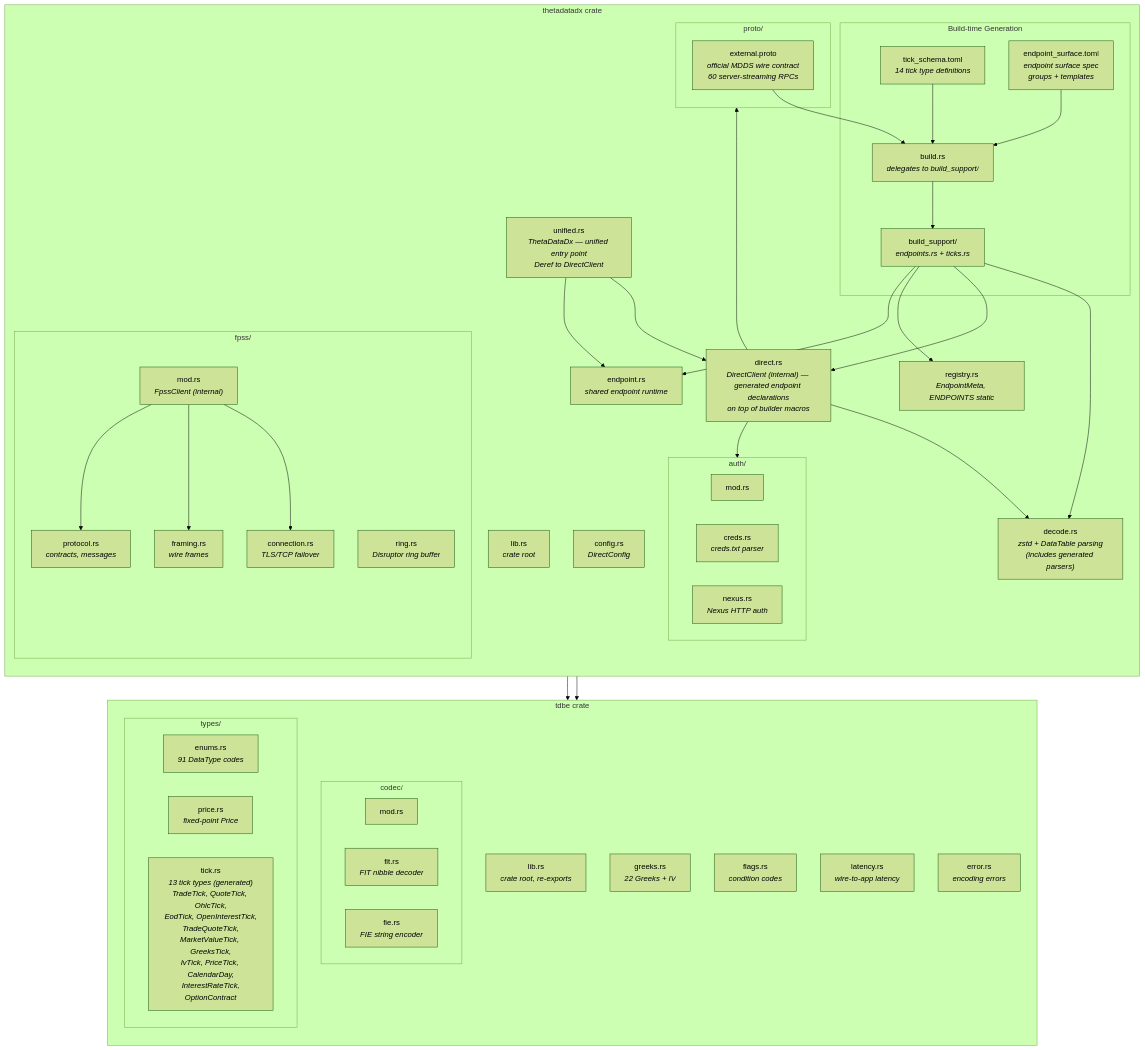
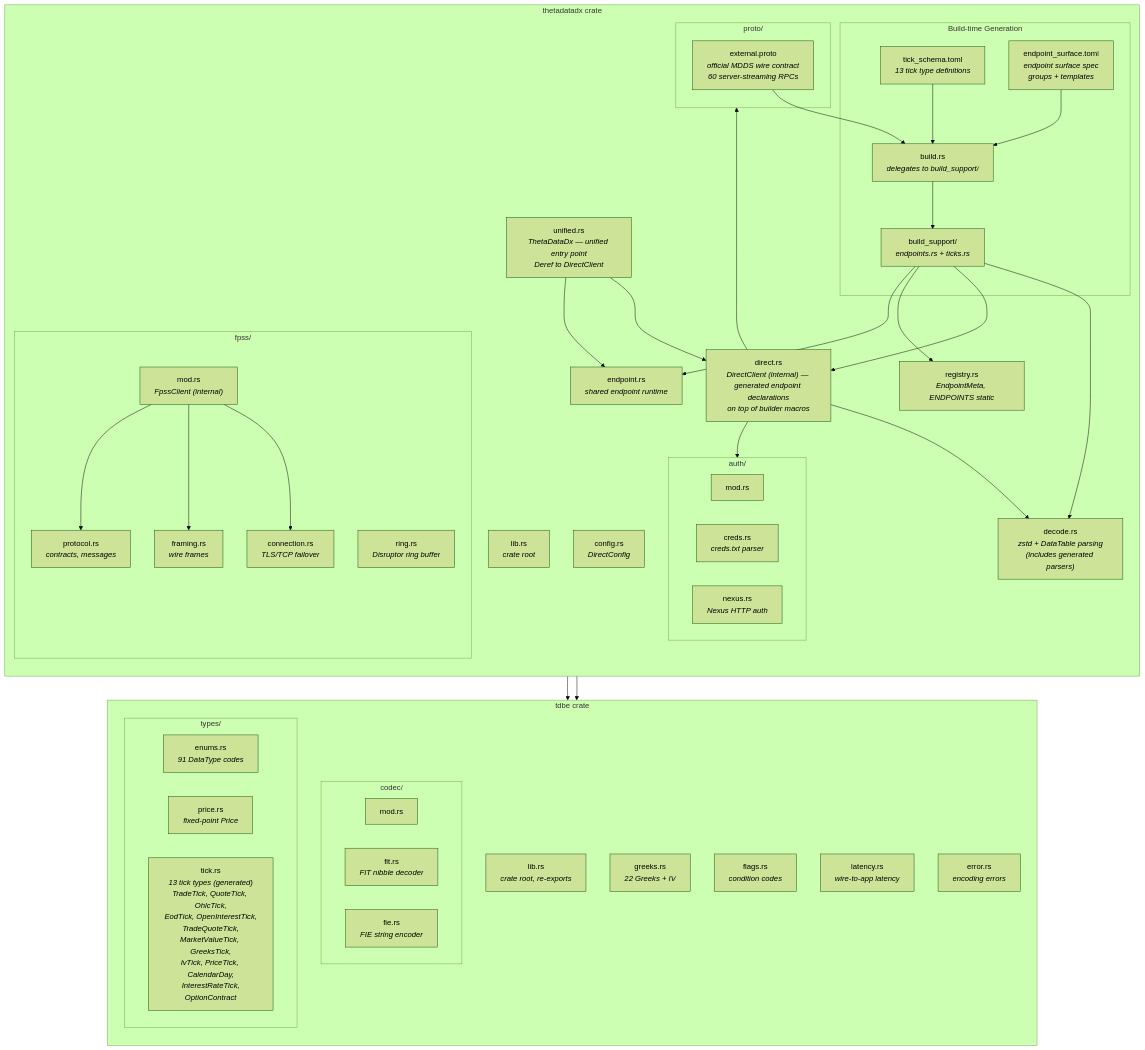
Before and after one commit to userFRM/ThetaDataDx: diagram 15 of 15 in docs/architecture.md, drawn with Mermaid (forest theme). The commit also changed other lines of this file and 88 other files, not shown here.

````diff
--- a/docs/architecture.md
+++ b/docs/architecture.md
@@ -492,80 +492,80 @@
 ```mermaid
 graph TD
     subgraph "tdbe crate"
         direction TB
         TDBE_LIB["lib.rs<br/><i>crate root, re-exports</i>"]
 
         subgraph tdbe_codec["codec/"]
             C_MOD["mod.rs"]
             C_FIT["fit.rs<br/><i>FIT nibble decoder</i>"]
             C_FIE["fie.rs<br/><i>FIE string encoder</i>"]
         end
 
         subgraph tdbe_types["types/"]
             T_ENUM["enums.rs<br/><i>91 DataType codes</i>"]
             T_PRICE["price.rs<br/><i>fixed-point Price</i>"]
             T_TICK["tick.rs<br/><i>13 tick types (generated)<br/>TradeTick, QuoteTick, OhlcTick,<br/>EodTick, OpenInterestTick,<br/>TradeQuoteTick,<br/>MarketValueTick, GreeksTick,<br/>IvTick, PriceTick, CalendarDay,<br/>InterestRateTick,<br/>OptionContract</i>"]
         end
 
         TDBE_GREEKS["greeks.rs<br/><i>22 Greeks + IV</i>"]
         TDBE_FLAGS["flags.rs<br/><i>condition codes</i>"]
         TDBE_LATENCY["latency.rs<br/><i>wire-to-app latency</i>"]
         TDBE_ERROR["error.rs<br/><i>encoding errors</i>"]
     end
 
     subgraph "thetadatadx crate"
         direction TB
         LIB["lib.rs<br/><i>crate root</i>"]
 
         subgraph auth["auth/"]
             A_MOD["mod.rs"]
             A_CREDS["creds.rs<br/><i>creds.txt parser</i>"]
             A_NEXUS["nexus.rs<br/><i>Nexus HTTP auth</i>"]
         end
 
         subgraph fpss["fpss/"]
             F_MOD["mod.rs<br/><i>FpssClient (internal)</i>"]
             F_CONN["connection.rs<br/><i>TLS/TCP failover</i>"]
             F_FRAME["framing.rs<br/><i>wire frames</i>"]
             F_PROTO["protocol.rs<br/><i>contracts, messages</i>"]
             F_RING["ring.rs<br/><i>Disruptor ring buffer</i>"]
         end
 
         UNIFIED["unified.rs<br/><i>ThetaDataDx — unified entry point<br/>Deref to DirectClient</i>"]
         DIRECT["direct.rs<br/><i>DirectClient (internal) — generated endpoint declarations<br/>on top of builder macros</i>"]
         ENDPOINT_RT["endpoint.rs<br/><i>shared endpoint runtime</i>"]
         CONFIG["config.rs<br/><i>DirectConfig</i>"]
         DECODE["decode.rs<br/><i>zstd + DataTable parsing<br/>(includes generated parsers)</i>"]
         REGISTRY["registry.rs<br/><i>EndpointMeta, ENDPOINTS static</i>"]
 
         subgraph codegen["Build-time Generation"]
-            SCHEMA["tick_schema.toml<br/><i>14 tick type definitions</i>"]
+            SCHEMA["tick_schema.toml<br/><i>13 tick type definitions</i>"]
             SURFACE["endpoint_surface.toml<br/><i>endpoint surface spec<br/>groups + templates</i>"]
             BUILD["build.rs<br/><i>delegates to build_support/</i>"]
             SUPPORT["build_support/<br/><i>endpoints.rs + ticks.rs</i>"]
         end
 
         subgraph proto["proto/"]
             P_EXT["external.proto<br/><i>official MDDS wire contract<br/>60 server-streaming RPCs</i>"]
         end
     end
 
     LIB --> TDBE_LIB
     UNIFIED --> DIRECT
     UNIFIED --> ENDPOINT_RT
     DIRECT --> auth
     DIRECT --> DECODE
     DIRECT --> proto
     SCHEMA --> BUILD
     SURFACE --> BUILD
     P_EXT --> BUILD
     BUILD --> SUPPORT
     SUPPORT --> DECODE
     SUPPORT --> DIRECT
     SUPPORT --> REGISTRY
     SUPPORT --> ENDPOINT_RT
     F_MOD --> tdbe_codec
     F_MOD --> F_CONN
     F_MOD --> F_FRAME
     F_MOD --> F_PROTO
 ```
````
